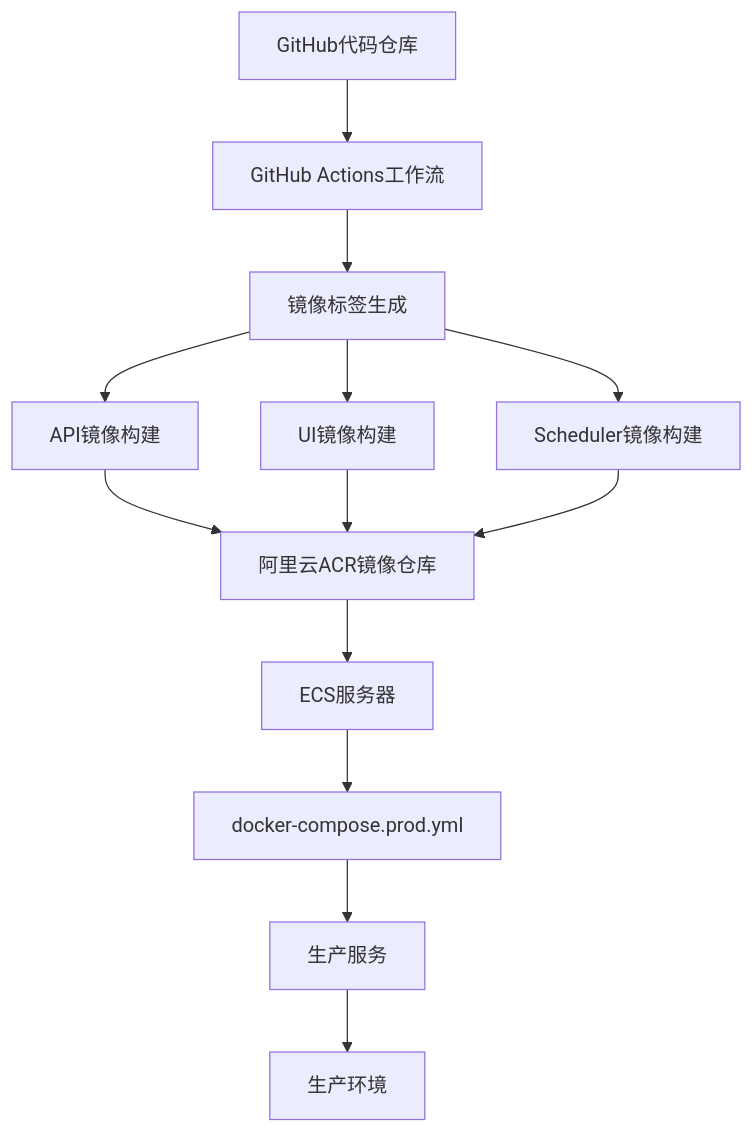
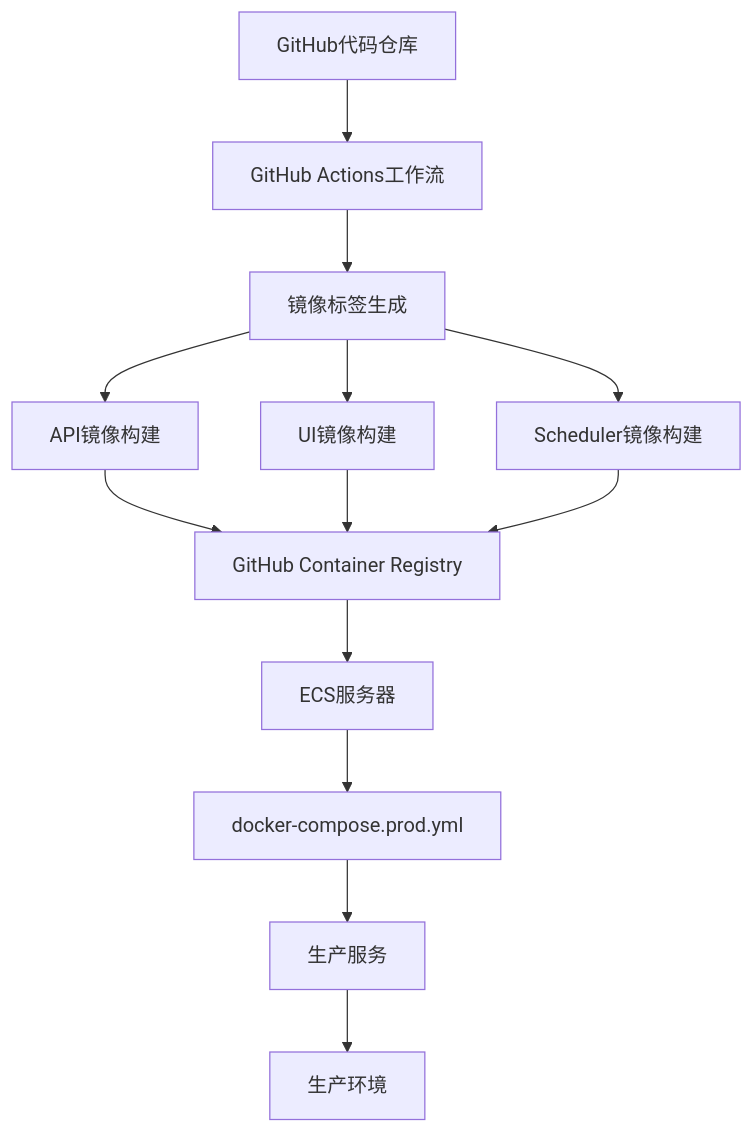
Before and after one commit to TinyMaD/SpeedRunnersLab: the third of 3 diagrams in .qoder/repowiki/zh/content/前端应用/构建部署/部署流水线.md, drawn with Mermaid. The commit also changed other lines of this file and 13 other files, not shown here.

Commit message:
feat(deploy): 新增部署迁移脚本与图表交互优化

````diff
--- a/.qoder/repowiki/zh/content/前端应用/构建部署/部署流水线.md
+++ b/.qoder/repowiki/zh/content/前端应用/构建部署/部署流水线.md
@@ -241,15 +251,15 @@
 ```mermaid
 graph TB
 CODE["GitHub代码仓库"] --> GHA["GitHub Actions工作流"]
 GHA --> TAG["镜像标签生成"]
 TAG --> API_BUILD["API镜像构建"]
 TAG --> UI_BUILD["UI镜像构建"]
 TAG --> SCHED_BUILD["Scheduler镜像构建"]
-API_BUILD --> ACR["阿里云ACR镜像仓库"]
-UI_BUILD --> ACR
-SCHED_BUILD --> ACR
-ACR --> ECS["ECS服务器"]
+API_BUILD --> GHCR["GitHub Container Registry"]
+UI_BUILD --> GHCR
+SCHED_BUILD --> GHCR
+GHCR --> ECS["ECS服务器"]
 ECS --> DC["docker-compose.prod.yml"]
 DC --> SERVICES["生产服务"]
 SERVICES --> PROD["生产环境"]
 ```
````
